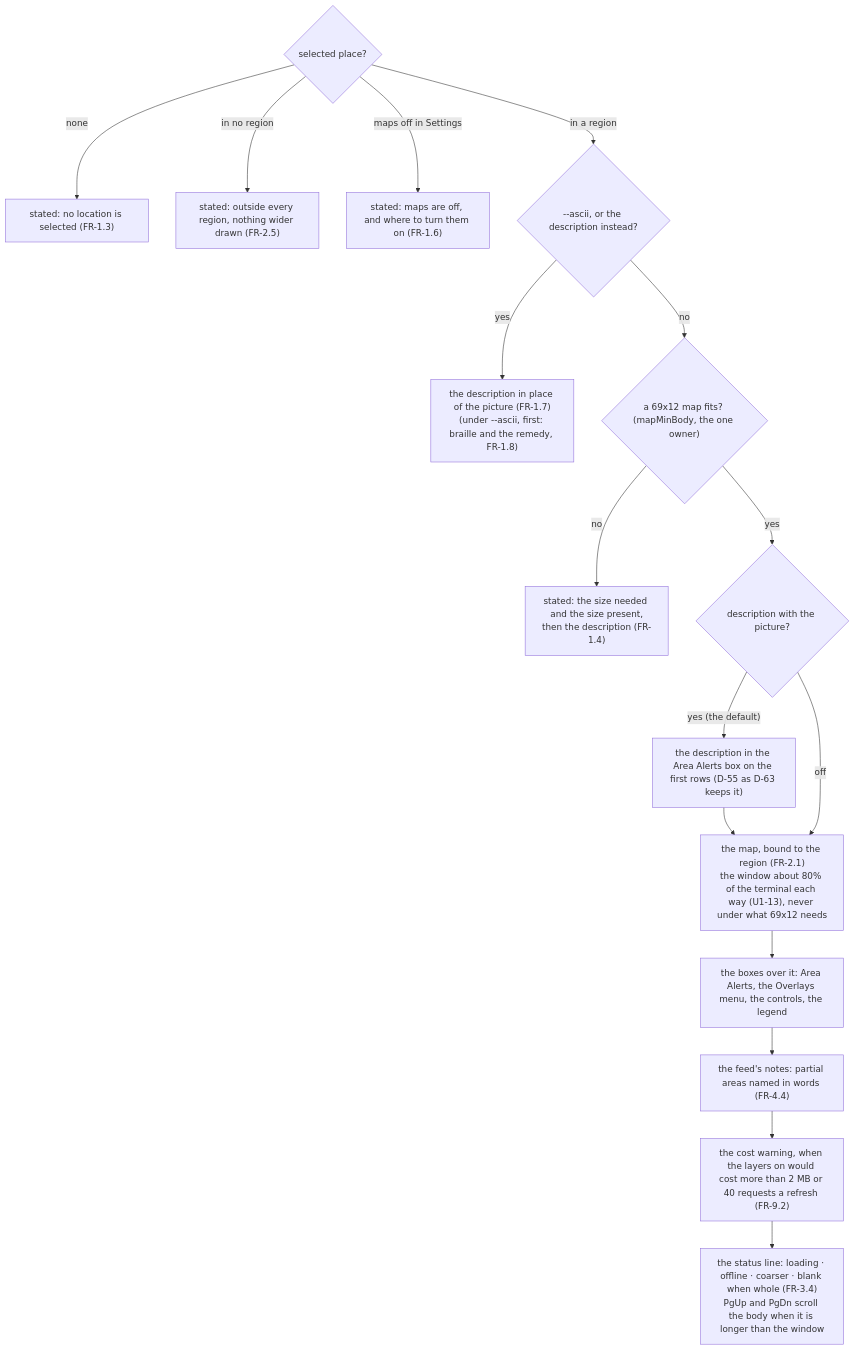
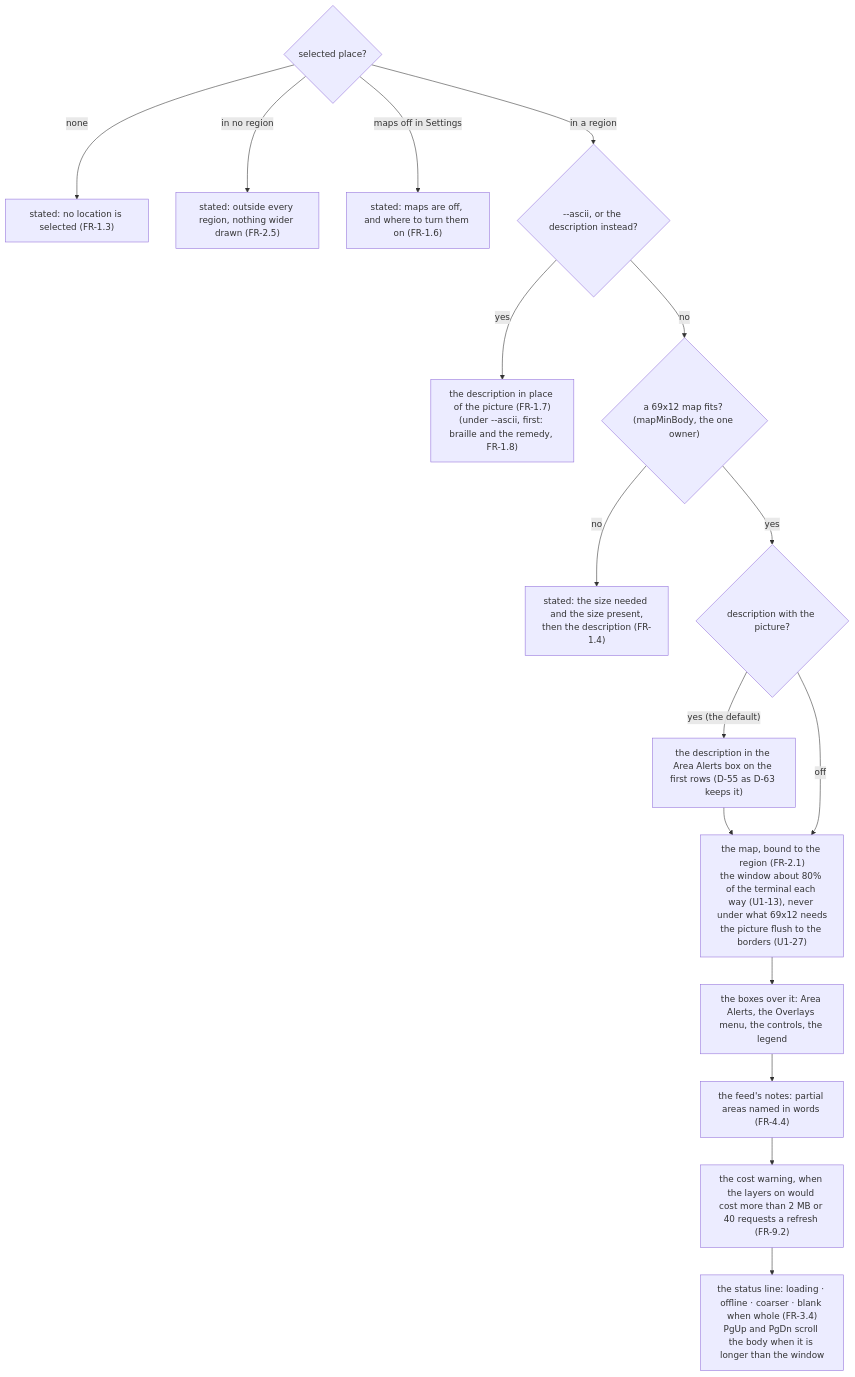
One commit to branden-thompson/watchpost changed the second of 4 diagrams in 06_docs/02_features/observer-maps/03-architecture-design/as-built-map.md. Above: the diagram before and after it, drawn with Mermaid. The commit also changed other lines of this file and 16 other files, not shown here.

First line of the commit message:
0.18.0 batch 14: the map flush to its borders; the flicker

````diff
--- a/06_docs/02_features/observer-maps/03-architecture-design/as-built-map.md
+++ b/06_docs/02_features/observer-maps/03-architecture-design/as-built-map.md
@@ -73,16 +73,16 @@
 ```mermaid
 flowchart TB
   S{"selected place?"} -- "none" --> N["stated: no location is selected (FR-1.3)"]
   S -- "in no region" --> O["stated: outside every region, nothing wider drawn (FR-2.5)"]
   S -- "maps off in Settings" --> OFF["stated: maps are off, and where to turn them on (FR-1.6)"]
   S -- "in a region" --> A{"--ascii, or the description instead?"}
   A -- "yes" --> T["the description in place of the picture (FR-1.7)\n(under --ascii, first: braille and the remedy, FR-1.8)"]
   A -- "no" --> F{"a 69x12 map fits? (mapMinBody, the one owner)"}
   F -- "no" --> FL["stated: the size needed and the size present,\nthen the description (FR-1.4)"]
   F -- "yes" --> DS{"description with the picture?"}
   DS -- "yes (the default)" --> D1["the description in the Area Alerts box on the first rows (D-55 as D-63 keeps it)"] --> M
-  DS -- "off" --> M["the map, bound to the region (FR-2.1)\nthe window about 80% of the terminal each way (U1-13), never under what 69x12 needs"]
+  DS -- "off" --> M["the map, bound to the region (FR-2.1)\nthe window about 80% of the terminal each way (U1-13), never under what 69x12 needs\nthe picture flush to the borders (U1-27)"]
   M --> BXS["the boxes over it: Area Alerts, the Overlays menu, the controls, the legend"] --> NT["the feed's notes: partial areas named in words (FR-4.4)"]
   NT --> CW["the cost warning, when the layers on would cost more than 2 MB or 40 requests a refresh (FR-9.2)"]
   CW --> ST["the status line: loading · offline · coarser · blank when whole (FR-3.4)\nPgUp and PgDn scroll the body when it is longer than the window"]
 ```
````
